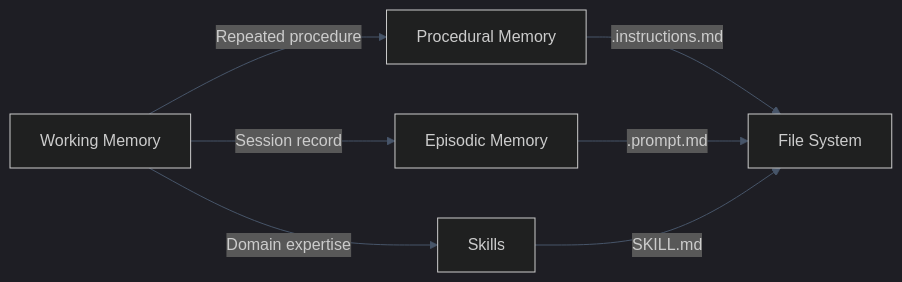
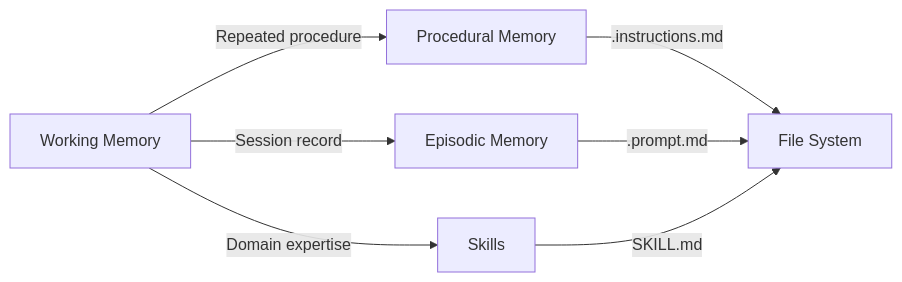
One commit to fabioc-aloha/Alex_Plug_In changed the second of 4 diagrams in alex_docs/architecture/MEMORY-SYSTEMS.md. Above: the diagram before and after it, drawn with Mermaid. The commit also changed other lines of this file, not shown here.

First line of the commit message:
fix: Mermaid diagrams in MEMORY-SYSTEMS.md

````diff
--- a/alex_docs/architecture/MEMORY-SYSTEMS.md
+++ b/alex_docs/architecture/MEMORY-SYSTEMS.md
@@ -90,13 +89,12 @@
 ```mermaid
-%%{init: {'theme': 'dark', 'themeVariables': {'background': '#0f172a', 'primaryColor': '#1e293b', 'primaryTextColor': '#f1f5f9', 'primaryBorderColor': '#818cf8', 'lineColor': '#475569', 'secondaryColor': '#1e293b', 'secondaryBorderColor': '#2dd4bf', 'tertiaryColor': '#1e293b', 'fontFamily': 'Segoe UI, system-ui, sans-serif'}}}%%
 flowchart LR
     WM[Working Memory]
 
-    WM -->|"Repeated procedure"| PM[Procedural Memory]
-    WM -->|"Session record"| EM[Episodic Memory]
-    WM -->|"Domain expertise"| SK[Skills]
+    WM -->|Repeated procedure| PM[Procedural Memory]
+    WM -->|Session record| EM[Episodic Memory]
+    WM -->|Domain expertise| SK[Skills]
 
     PM -->|".instructions.md"| FS[File System]
     EM -->|".prompt.md"| FS
     SK -->|"SKILL.md"| FS
 ```
````
